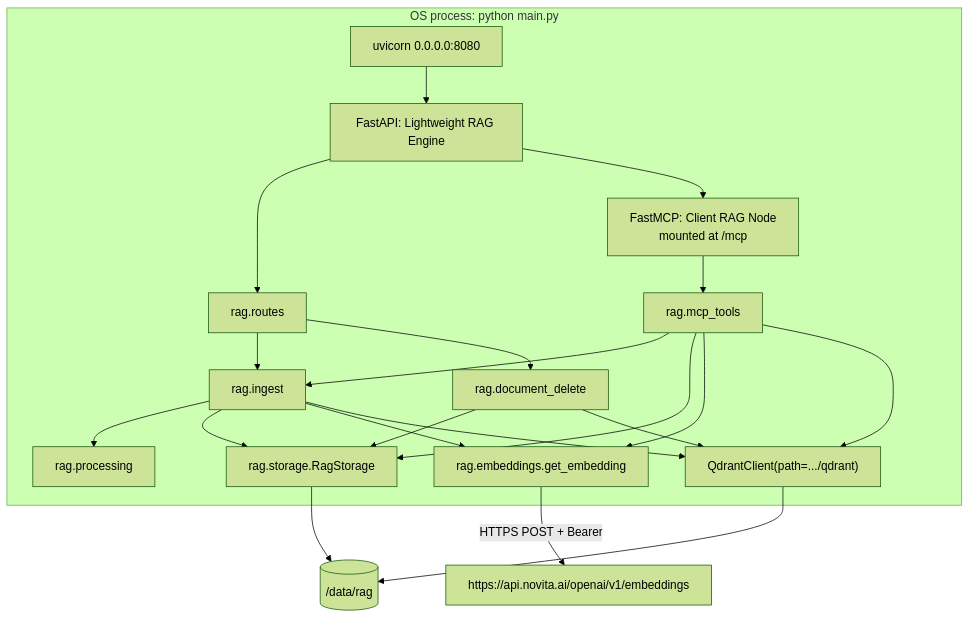
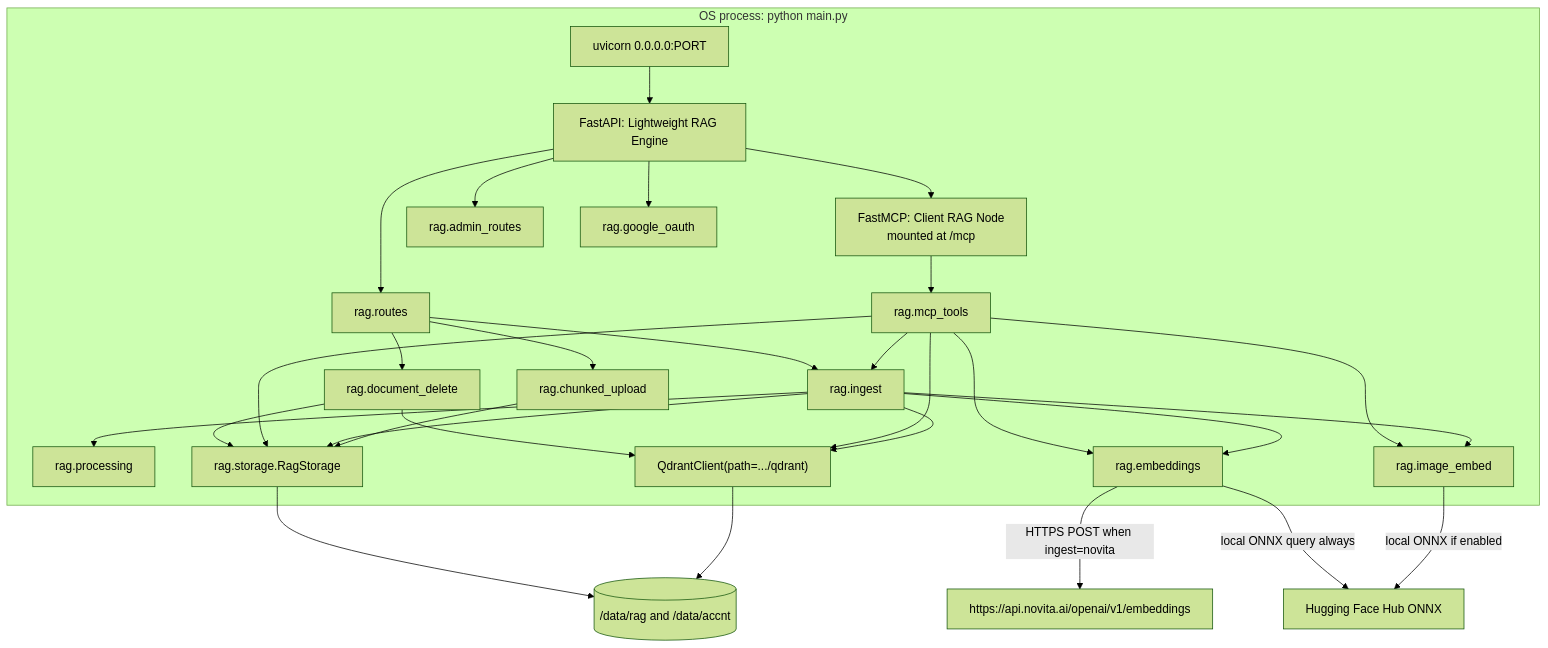
One commit to mkrejp/fastmcp-rag-timer changed the second of 4 diagrams in docs/ARCHITECTURE.md. Above: the diagram before and after it, drawn with Mermaid (forest theme). The commit also changed other lines of this file and 8 other files, not shown here.

First line of the commit message:
docs: align README, architecture, and connectivity with current main

````diff
--- a/docs/ARCHITECTURE.md
+++ b/docs/ARCHITECTURE.md
@@ -72,37 +92,50 @@
 ```mermaid
 flowchart TB
   subgraph process["OS process: python main.py"]
-    uvicorn["uvicorn 0.0.0.0:8080"]
+    uvicorn["uvicorn 0.0.0.0:PORT"]
     fastapi["FastAPI: Lightweight RAG Engine"]
     mcp["FastMCP: Client RAG Node<br/>mounted at /mcp"]
     routes["rag.routes"]
+    admin["rag.admin_routes"]
+    oauth["rag.google_oauth"]
     tools["rag.mcp_tools"]
     ingest["rag.ingest"]
     deleteDoc["rag.document_delete"]
+    chunks["rag.chunked_upload"]
     proc["rag.processing"]
-    embed["rag.embeddings.get_embedding"]
+    embed["rag.embeddings"]
+    clip["rag.image_embed"]
     storage["rag.storage.RagStorage"]
     qdrant["QdrantClient(path=.../qdrant)"]
     uvicorn --> fastapi
     fastapi --> routes
+    fastapi --> admin
+    fastapi --> oauth
     fastapi --> mcp
     mcp --> tools
     routes --> ingest
     routes --> deleteDoc
+    routes --> chunks
     deleteDoc --> storage
     deleteDoc --> qdrant
     tools --> ingest
     tools --> storage
     tools --> embed
+    tools --> clip
     tools --> qdrant
     ingest --> proc
     ingest --> storage
     ingest --> embed
+    ingest --> clip
     ingest --> qdrant
+    chunks --> storage
   end
-  disk[("/data/rag")]
+  disk[("/data/rag and /data/accnt")]
   novita["https://api.novita.ai/openai/v1/embeddings"]
+  hf["Hugging Face Hub ONNX"]
   storage --> disk
   qdrant --> disk
-  embed -->|"HTTPS POST + Bearer"| novita
+  embed -->|"HTTPS POST when ingest=novita"| novita
+  embed -->|"local ONNX query always"| hf
+  clip -->|"local ONNX if enabled"| hf
 ```
````
